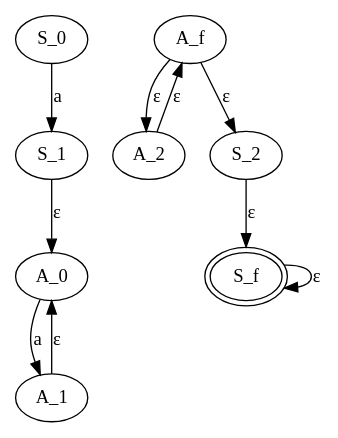
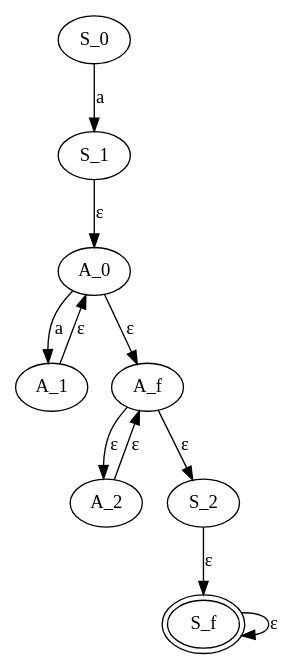
Before and after one commit to cmsmcq/gingersnap: the diagram in toys/images/g112.fsa.dot, drawn with Graphviz. The commit also changed 32 other files, not shown here.

```diff
--- a/toys/images/g112.fsa.dot
+++ b/toys/images/g112.fsa.dot
@@ -1,24 +1,25 @@
 digraph rgfsa {
   /* Circles-and-arrows diagram of FSA from right-regular grammar. 
      Generated by rg-to-dot.xsl.
      Input:file:/Users/cmsmcq/2021/gingersnap/toys/g112.fsa.xml
-     Generated:2021-01-17T11:36:25.036712-07:00 */
+     Generated:2021-01-17T12:43:12.060854-07:00 */
 
 S_0 [label="S_0"]
 S_1 [label="S_1"]
 S_2 [label="S_2"]
 S_f [label="S_f" peripheries=2]
 A_0 [label="A_0"]
 A_1 [label="A_1"]
 A_2 [label="A_2"]
 A_f [label="A_f"]
 S_0 -> S_1 [label="a"];
 S_1 -> A_0 [label="ε"];
 S_2 -> S_f [label="ε"];
 S_f -> S_f [label="ε"];
 A_0 -> A_1 [label="a"];
+A_0 -> A_f [label="ε"];
 A_1 -> A_0 [label="ε"];
 A_2 -> A_f [label="ε"];
 A_f -> S_2 [label="ε"];
 A_f -> A_2 [label="ε"];
 }
```
